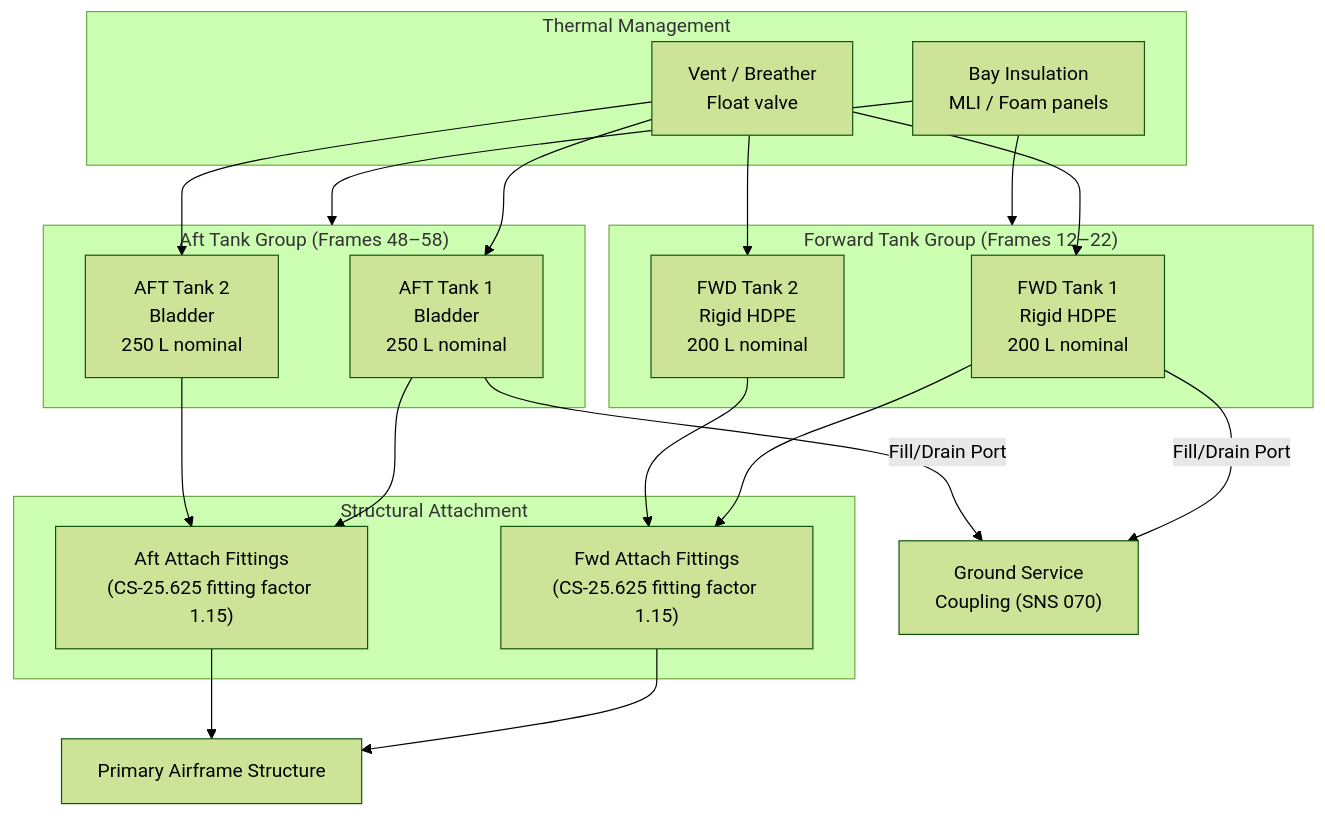
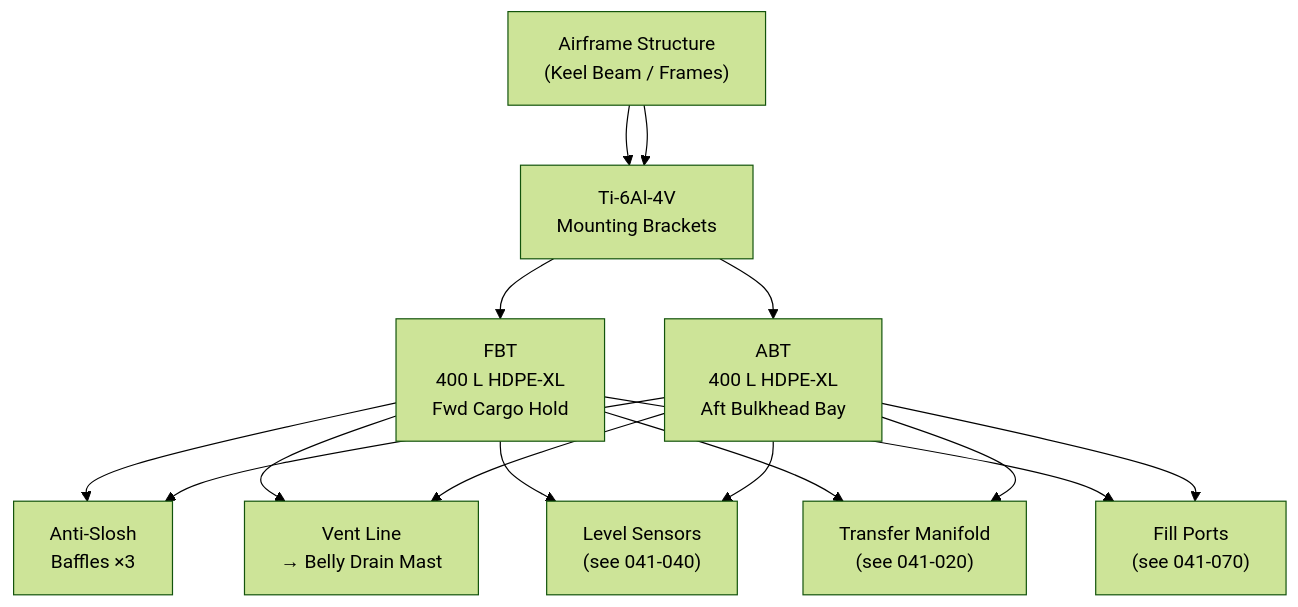
The first of 3 diagrams in Q+ATLANTIDE/000-099_ATLAS/040-049_Avionica-Informacion-y-APU/041_Water-Ballast/041-010-Water-Ballast-Storage.md (AmedeoPelliccia/Qplus-For-All-Queer-People-and-Quantum), drawn with Mermaid (forest theme) before and after one commit. The commit also changed other lines of this file and 9 other files, not shown here.

````diff
--- a/Q+ATLANTIDE/000-099_ATLAS/040-049_Avionica-Informacion-y-APU/041_Water-Ballast/041-010-Water-Ballast-Storage.md
+++ b/Q+ATLANTIDE/000-099_ATLAS/040-049_Avionica-Informacion-y-APU/041_Water-Ballast/041-010-Water-Ballast-Storage.md
@@ -70,38 +117,36 @@
 ```mermaid
-flowchart TD
-    subgraph FWD["Forward Tank Group (Frames 12–22)"]
-        FT1["FWD Tank 1\nRigid HDPE\n200 L nominal"]
-        FT2["FWD Tank 2\nRigid HDPE\n200 L nominal"]
-    end
+graph TB
+    AIRFRAME["Airframe Structure
+(Keel Beam / Frames)"]
+    FBT["FBT
+400 L HDPE-XL
+Fwd Cargo Hold"]
+    ABT["ABT
+400 L HDPE-XL
+Aft Bulkhead Bay"]
+    BRACKETS["Ti-6Al-4V
+Mounting Brackets"]
+    BAFFLES["Anti-Slosh
+Baffles ×3"]
+    VENT["Vent Line
+→ Belly Drain Mast"]
+    SENSORS["Level Sensors
+(see 041-040)"]
+    MANIFOLD["Transfer Manifold
+(see 041-020)"]
+    FILL["Fill Ports
+(see 041-070)"]
 
-    subgraph AFT["Aft Tank Group (Frames 48–58)"]
-        AT1["AFT Tank 1\nBladder\n250 L nominal"]
-        AT2["AFT Tank 2\nBladder\n250 L nominal"]
-    end
-
-    subgraph ATTACH["Structural Attachment"]
-        FFIT["Fwd Attach Fittings\n(CS-25.625 fitting factor 1.15)"]
-        AFIT["Aft Attach Fittings\n(CS-25.625 fitting factor 1.15)"]
-    end
-
-    subgraph THERMAL["Thermal Management"]
-        INS["Bay Insulation\nMLI / Foam panels"]
-        VENT["Vent / Breather\nFloat valve"]
-    end
-
-    FT1 --> FFIT
-    FT2 --> FFIT
-    AT1 --> AFIT
-    AT2 --> AFIT
-    FFIT --> PRIMARY["Primary Airframe Structure"]
-    AFIT --> PRIMARY
-    INS --> FWD
-    INS --> AFT
-    VENT --> FT1
-    VENT --> FT2
-    VENT --> AT1
-    VENT --> AT2
-
-    FT1 -->|Fill/Drain Port| SVC["Ground Service\nCoupling (SNS 070)"]
-    AT1 -->|Fill/Drain Port| SVC
+    AIRFRAME --> BRACKETS --> FBT
+    AIRFRAME --> BRACKETS --> ABT
+    FBT --> BAFFLES
+    ABT --> BAFFLES
+    FBT --> VENT
+    ABT --> VENT
+    FBT --> SENSORS
+    ABT --> SENSORS
+    FBT --> MANIFOLD
+    ABT --> MANIFOLD
+    FBT --> FILL
+    ABT --> FILL
 ```
````
